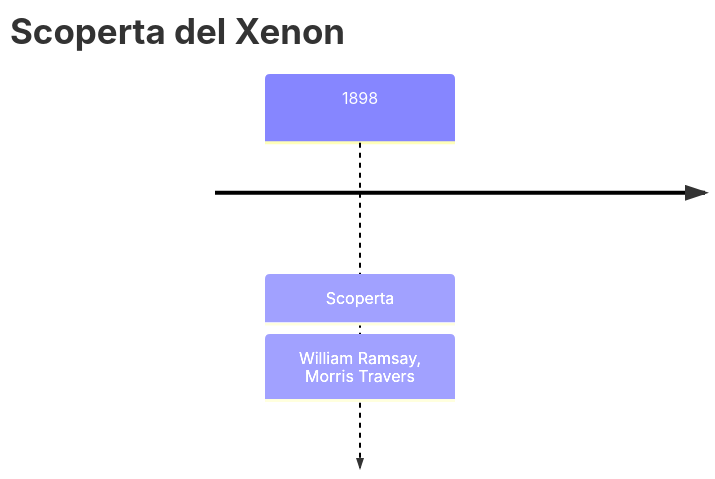
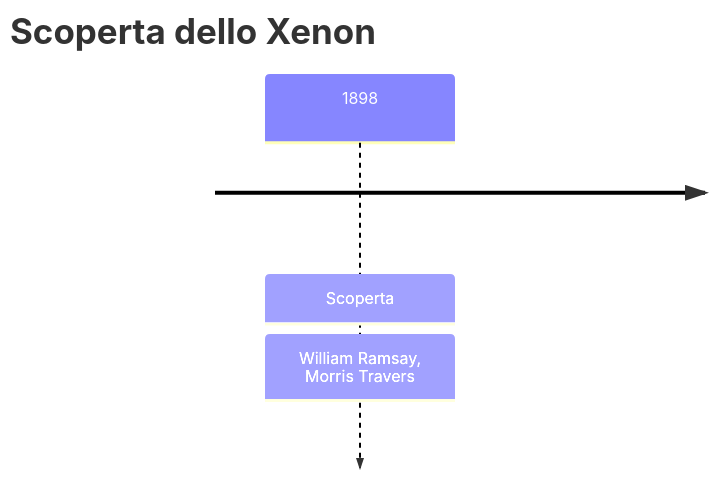
Before and after one commit to gianlucaciarcelluti/elements-caos: the first of 2 diagrams in vault/Elementi/Xenon.md, drawn with Mermaid. The commit also changed 3 other files, not shown here.

````diff
--- a/vault/Elementi/Xenon.md
+++ b/vault/Elementi/Xenon.md
@@ -28,5 +28,5 @@
 ```mermaid
 timeline
-    title Scoperta del Xenon
+    title Scoperta dello Xenon
     1898 : Scoperta : William Ramsay, Morris Travers
 ```
````
